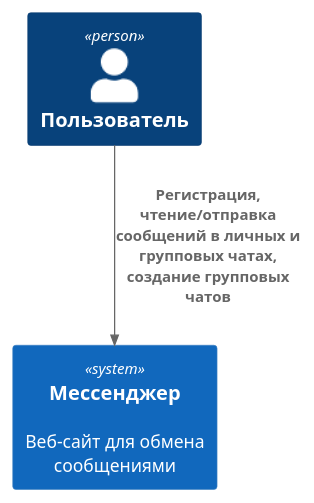
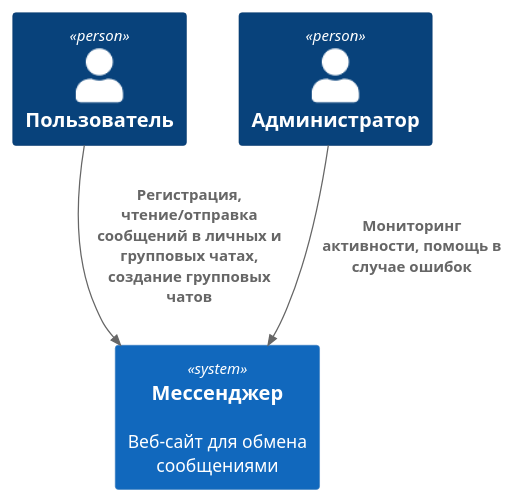
One commit to Siegmeyer1/mai_architecture changed the diagram in src/context.md. Above: the diagram before and after it, drawn with PlantUML.

Commit message:
add admin to context schema

````diff
--- a/src/context.md
+++ b/src/context.md
@@ -4,13 +4,17 @@
 ```plantuml
 @startuml
 
 !include https://raw.githubusercontent.com/plantuml-stdlib/C4-PlantUML/master/C4_Container.puml
 
 Person(user, "Пользователь")
+Person(admin, "Администратор")
 
 System(messenger, "Мессенджер", "Веб-сайт для обмена сообщениями")
 
 Rel(user, messenger, "Регистрация, чтение/отправка сообщений в личных и групповых чатах, создание групповых чатов")
 
+Rel(admin, messenger, "Мониторинг активности, помощь в случае ошибок")
+
+
 @enduml
 ```
````
